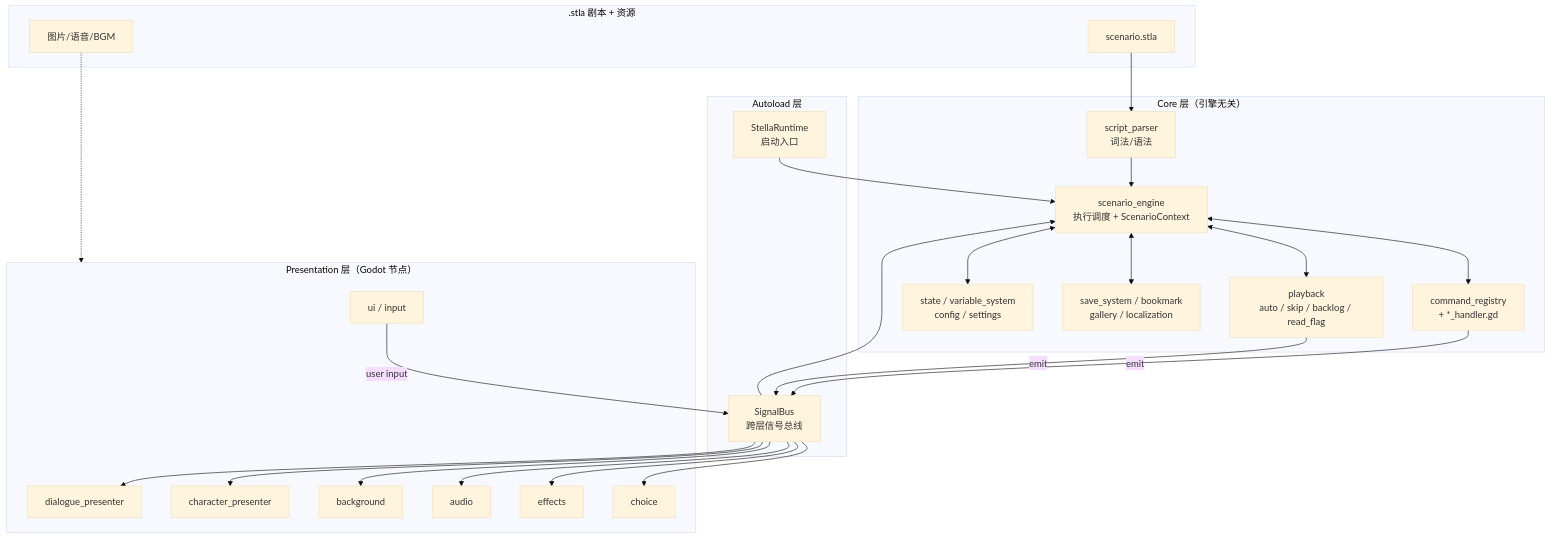
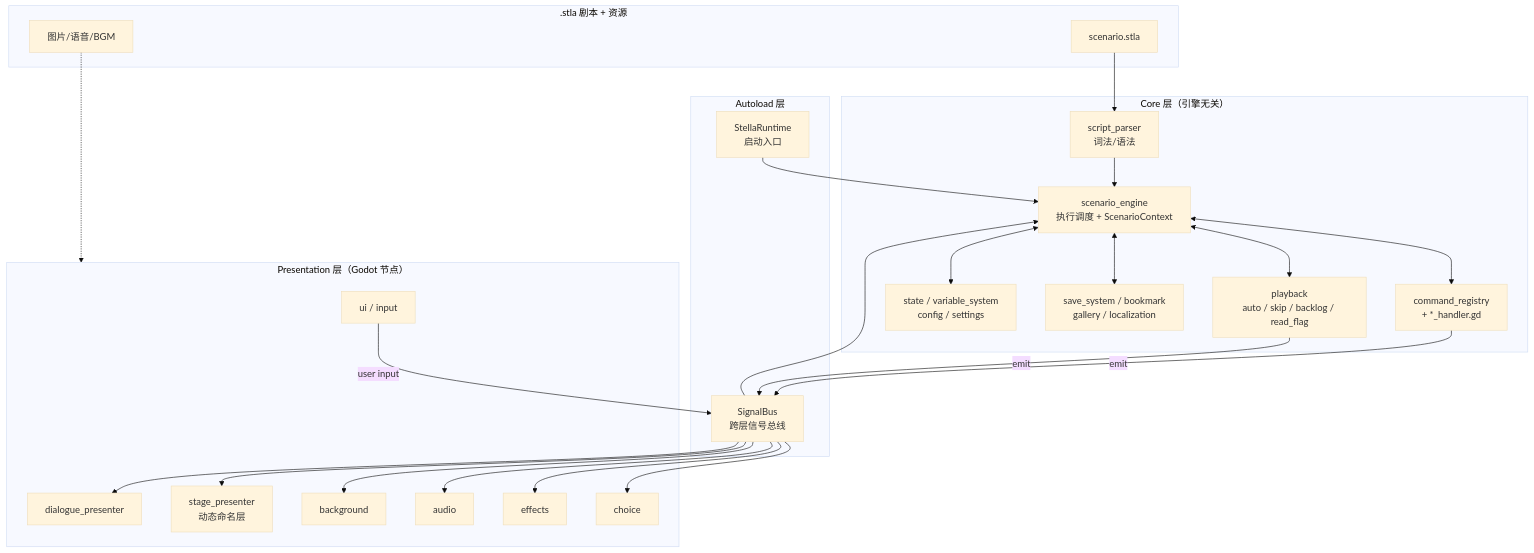
One commit to butter-stella/stella changed the first of 2 diagrams in docs/ARCHITECTURE.md. Above: the diagram before and after it, drawn with Mermaid (base theme). The commit also changed other lines of this file and 105 other files, not shown here.

First line of the commit message:
feat: add reusable layered stage presenter (#158)

````diff
--- a/docs/ARCHITECTURE.md
+++ b/docs/ARCHITECTURE.md
@@ -30,48 +30,48 @@
 ```mermaid
 flowchart TB
     subgraph Content[".stla 剧本 + 资源"]
         STLA[scenario.stla]
         ASSETS[图片/语音/BGM]
     end
 
     subgraph Autoload["Autoload 层"]
         RT[StellaRuntime<br/>启动入口]
         BUS[SignalBus<br/>跨层信号总线]
     end
 
     subgraph Core["Core 层（引擎无关）"]
         PARSER[script_parser<br/>词法/语法]
         ENGINE[scenario_engine<br/>执行调度 + ScenarioContext]
         REG[command_registry<br/>+ *_handler.gd]
         STATE[state / variable_system<br/>config / settings]
         SAVE[save_system / bookmark<br/>gallery / localization]
         PLAY[playback<br/>auto / skip / backlog / read_flag]
     end
 
     subgraph Presentation["Presentation 层（Godot 节点）"]
         DLG[dialogue_presenter]
-        CHR[character_presenter]
+        STAGE[stage_presenter<br/>动态命名层]
         BG[background]
         AUD[audio]
         FX[effects]
         CHO[choice]
         UI[ui / input]
     end
 
     STLA --> PARSER --> ENGINE
     ASSETS -.-> Presentation
     RT --> ENGINE
     ENGINE <--> REG
     ENGINE <--> STATE
     ENGINE <--> SAVE
     ENGINE <--> PLAY
     REG -- emit --> BUS
     PLAY -- emit --> BUS
     BUS --> DLG
-    BUS --> CHR
+    BUS --> STAGE
     BUS --> BG
     BUS --> AUD
     BUS --> FX
     BUS --> CHO
     UI -- user input --> BUS --> ENGINE
 ```
````
